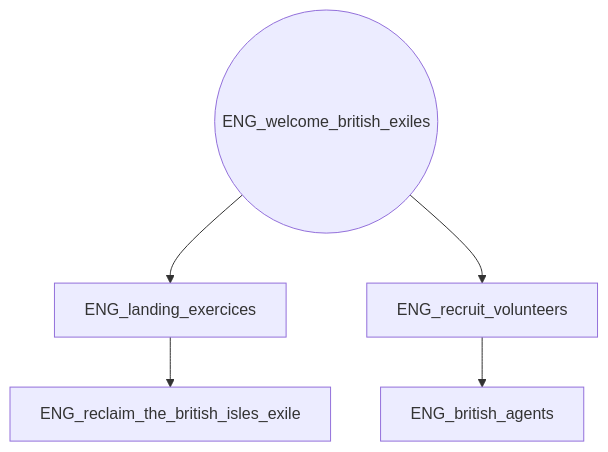
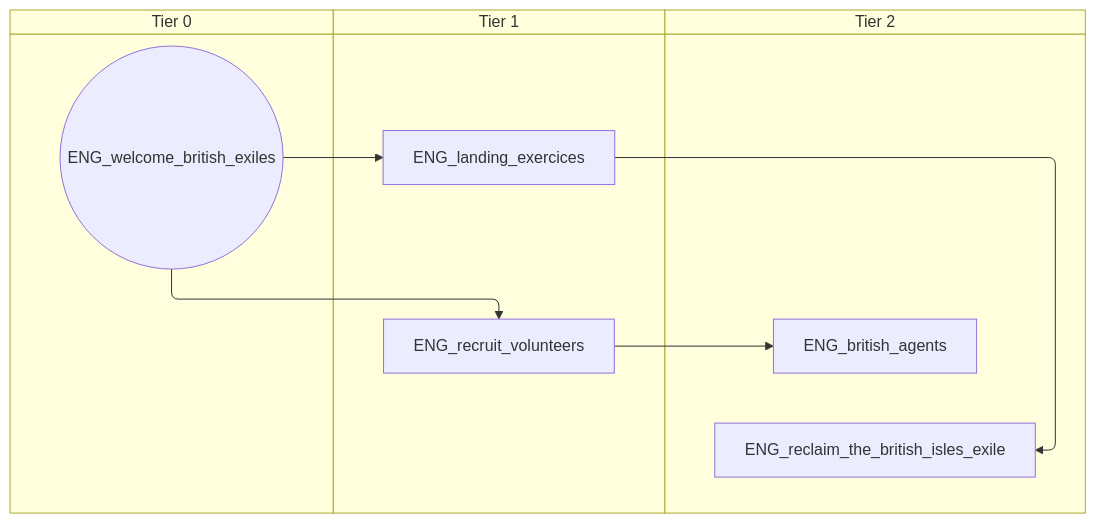
The diagram in docs/gdd/National Focuses/r56/r56_british_monarchy_in_exile.md (evgeny-sobol/hoi4-sandbox-mode-r56), drawn with Mermaid before and after one commit. The commit also changed 423 other files, not shown here.

First line of the commit message:
Re-export Rt56 focus trees as swimlane diagrams

````diff
--- a/docs/gdd/National Focuses/r56/r56_british_monarchy_in_exile.md
+++ b/docs/gdd/National Focuses/r56/r56_british_monarchy_in_exile.md
@@ -3,12 +3,18 @@
 ```mermaid
-flowchart TD
-    n1["ENG_british_agents"]
-    n2["ENG_landing_exercices"]
-    n3["ENG_reclaim_the_british_isles_exile"]
-    n4["ENG_recruit_volunteers"]
-    n5(("ENG_welcome_british_exiles"))
-    n4 --> n1
-    n5 --> n2
-    n2 --> n3
-    n5 --> n4
+swimlane-beta TD
+    subgraph tier_0["Tier 0"]
+        n1(("ENG_welcome_british_exiles"))
+    end
+    subgraph tier_1["Tier 1"]
+        n2["ENG_landing_exercices"]
+        n3["ENG_recruit_volunteers"]
+    end
+    subgraph tier_2["Tier 2"]
+        n4["ENG_british_agents"]
+        n5["ENG_reclaim_the_british_isles_exile"]
+    end
+    n3 --> n4
+    n1 --> n2
+    n2 --> n5
+    n1 --> n3
 ```
````
